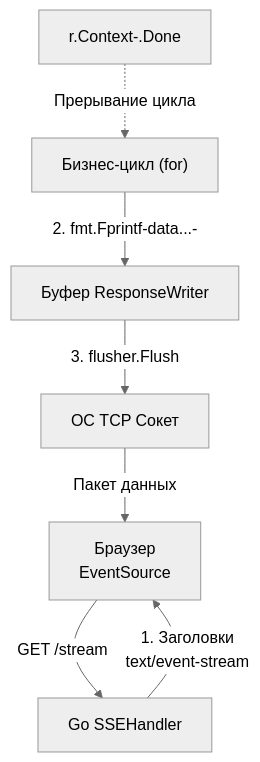
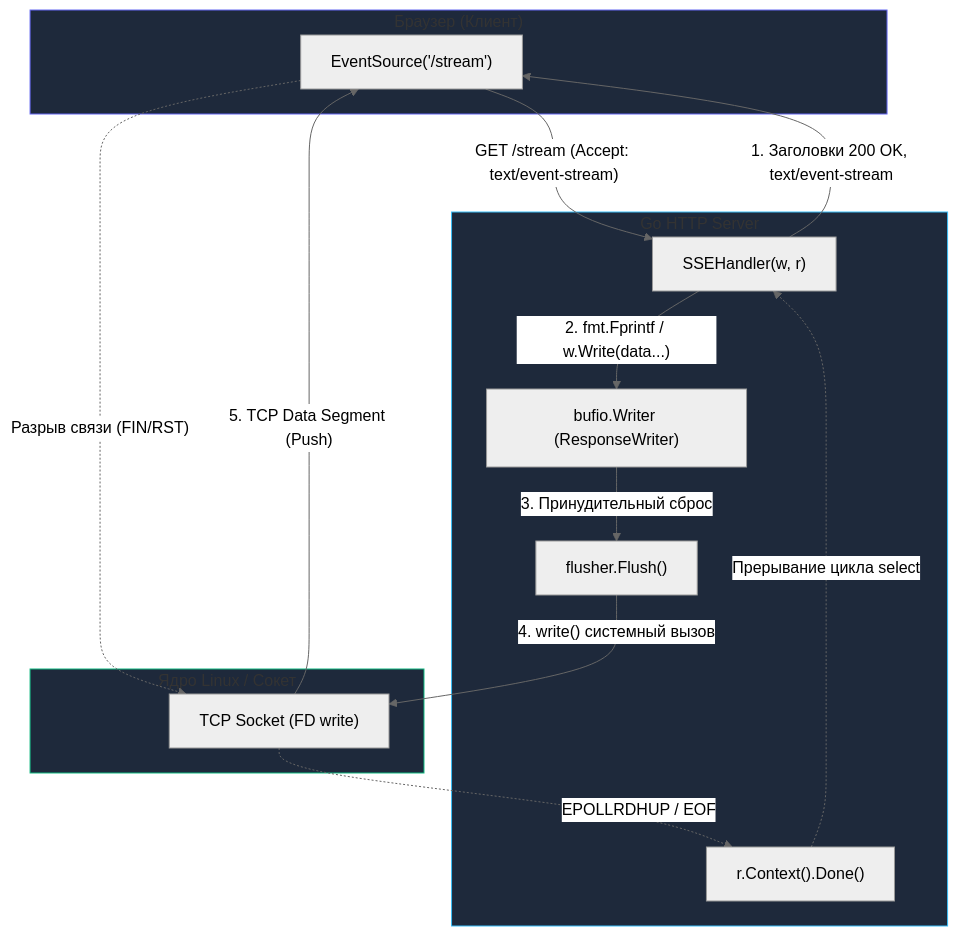
Before and after one commit to UnrealTemplier/go-textbook: the second of 4 diagrams in sources/10. Проектирование API и Сетевые протоколы/23. Server Sent Events.md, drawn with Mermaid (neutral theme). The commit also changed other lines of this file, not shown here.

````diff
--- a/sources/10. Проектирование API и Сетевые протоколы/23. Server Sent Events.md
+++ b/sources/10. Проектирование API и Сетевые протоколы/23. Server Sent Events.md
@@ -89,12 +200,33 @@
 ```mermaid
 flowchart TD
-    Client["Браузер<br>EventSource"] -->|"GET /stream"| Handler["Go SSEHandler"]
+    subgraph Browser ["Браузер (Клиент)"]
+        ES["EventSource('/stream')"]
+    end
+
+    subgraph GoServer ["Go HTTP Server"]
+        H["SSEHandler(w, r)"]
+        Ctx["r.Context().Done()"]
+        Buf["bufio.Writer (ResponseWriter)"]
+        Flush["flusher.Flush()"]
+    end
+
+    subgraph OS ["Ядро Linux / Сокет"]
+        SockFD["TCP Socket (FD write)"]
+    end
+
+    ES -->|"GET /stream (Accept: text/event-stream)"| H
+    H -->|"1. Заголовки 200 OK, text/event-stream"| ES
     
-    Handler -->|"1. Заголовки<br>text/event-stream"| Client
-    
-    Loop["Бизнес-цикл (for)"] -->|"2. fmt.Fprintf-data...-"| Buf["Буфер ResponseWriter"]
-    Buf -->|"3. flusher.Flush"| Socket["ОС TCP Сокет"]
-    Socket -->|"Пакет данных"| Client
-    
-    Context["r.Context-.Done"] -.->|"Прерывание цикла"| Loop
+    H -->|"2. fmt.Fprintf / w.Write(data...)"| Buf
+    Buf -->|"3. Принудительный сброс"| Flush
+    Flush -->|"4. write() системный вызов"| SockFD
+    SockFD -->|"5. TCP Data Segment (Push)"| ES
+
+    ES -.->|"Разрыв связи (FIN/RST)"| SockFD
+    SockFD -.->|"EPOLLRDHUP / EOF"| Ctx
+    Ctx -.->|"Прерывание цикла select"| H
+
+    style GoServer fill:#1e293b,stroke:#38bdf8,stroke-width:1px
+    style Browser fill:#1e293b,stroke:#6366f1,stroke-width:1px
+    style OS fill:#1e293b,stroke:#10b981,stroke-width:1px
 ```
````
